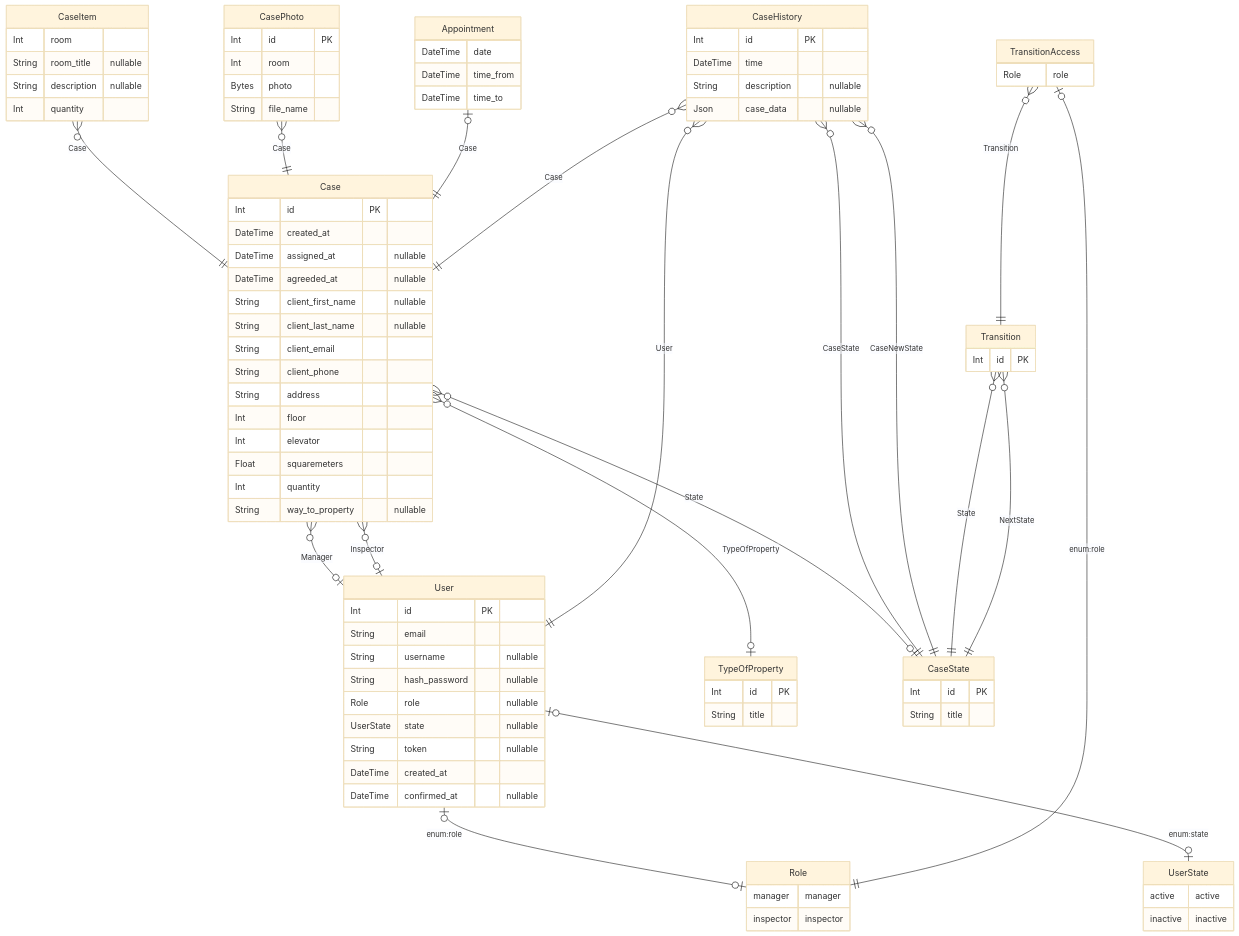
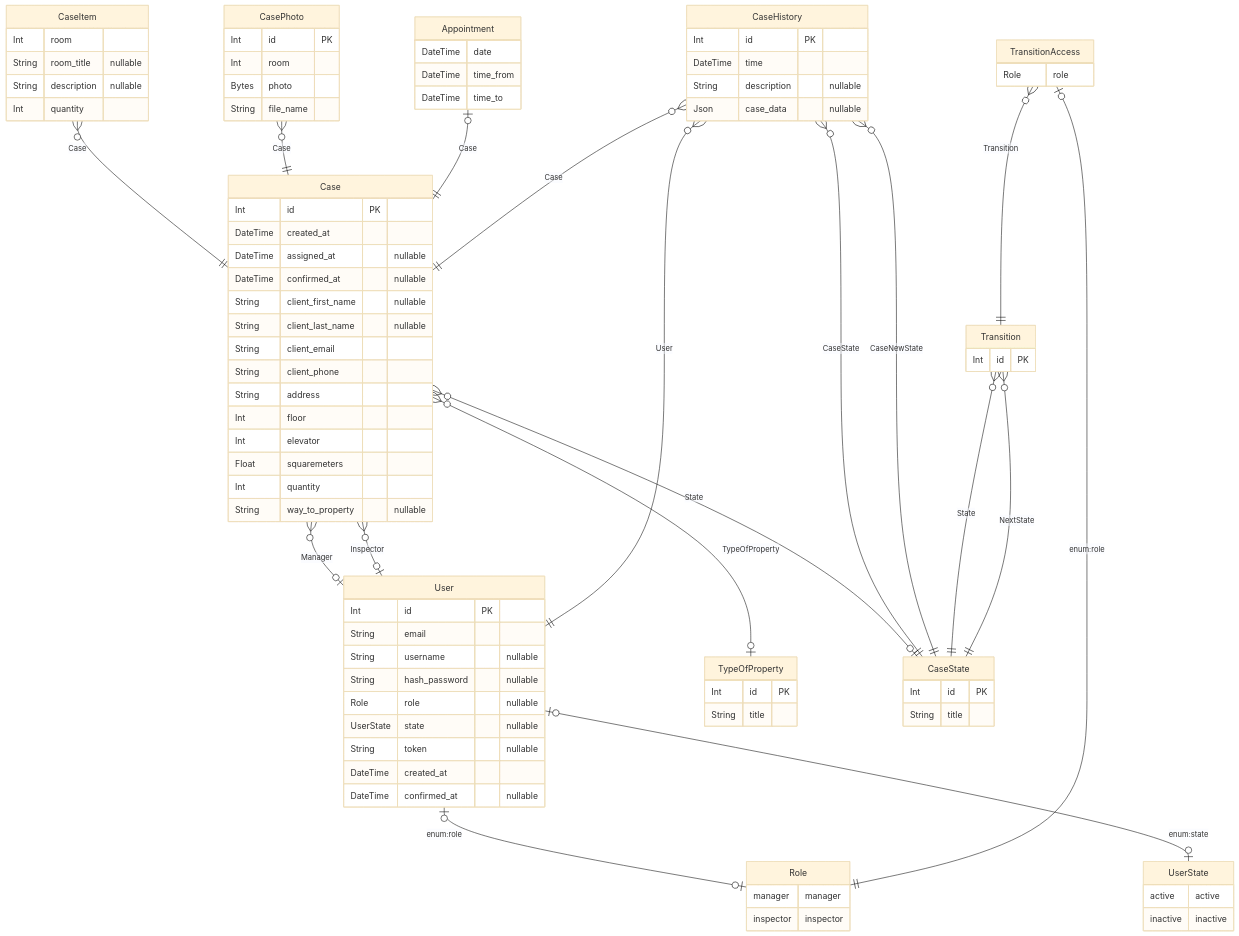
The diagram in prisma/ERD.md (arkadiyshin/remondis-backend), drawn with Mermaid (base theme) before and after one commit. The commit also changed 3 other files, not shown here.

First line of the commit message:
refactor(model): change column name from "agreeded" to "confirmed"

```diff
--- a/prisma/ERD.md
+++ b/prisma/ERD.md
@@ -30,7 +30,7 @@
     Int id PK 
     DateTime created_at  
     DateTime assigned_at  "nullable"
-    DateTime agreeded_at  "nullable"
+    DateTime confirmed_at  "nullable"
     String client_first_name  "nullable"
     String client_last_name  "nullable"
     String client_email  
```
